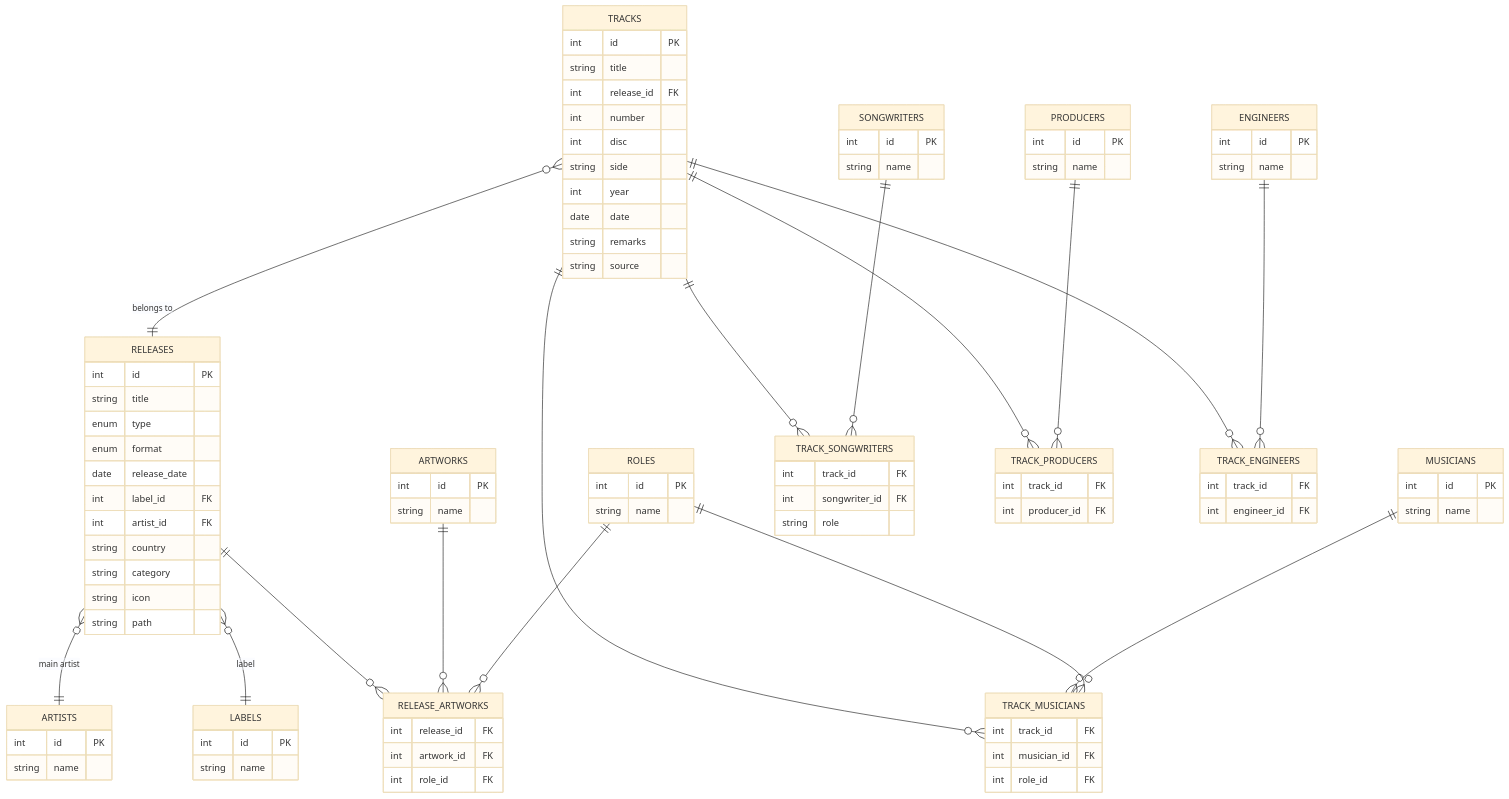
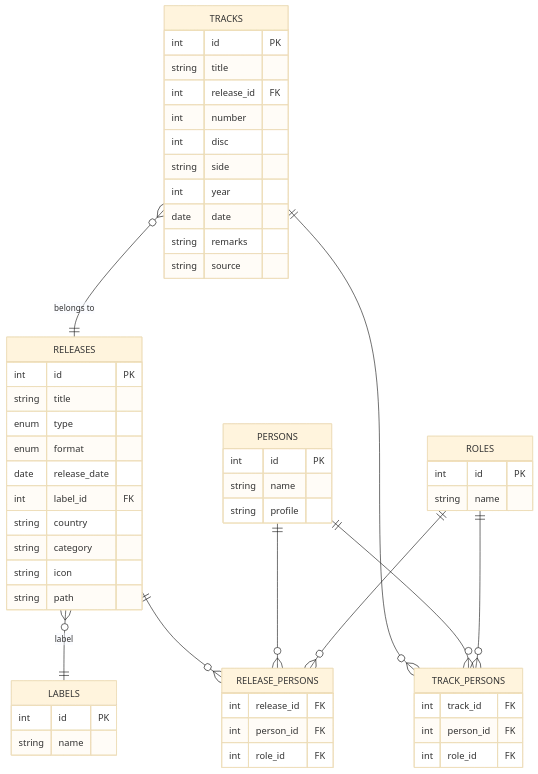
The diagram in docs/schema.md (ryo-i/beatles-db-backend), drawn with Mermaid (base theme) before and after one commit. The commit also changed other lines of this file and 1 other file, not shown here.

Commit message:
人物をPERSONSに統合

````diff
--- a/docs/schema.md
+++ b/docs/schema.md
@@ -38,84 +39,44 @@
         enum format
         date release_date
         int label_id FK
-        int artist_id FK
         string country
         string category
         string icon
         string path
     }
-    ARTISTS {
-        int id PK
-        string name
-    }
     LABELS {
         int id PK
         string name
     }
-    MUSICIANS {
+    PERSONS {
         int id PK
         string name
+        string profile
     }
     ROLES {
         int id PK
         string name
     }
-    SONGWRITERS {
-        int id PK
-        string name
-    }
-    ARTWORKS {
-        int id PK
-        string name
-    }
-    PRODUCERS {
-        int id PK
-        string name
-    }
-    ENGINEERS {
-        int id PK
-        string name
-    }
 
     %% 中間テーブル
-    TRACK_MUSICIANS {
+    TRACK_PERSONS {
         int track_id FK
-        int musician_id FK
+        int person_id FK
         int role_id FK
     }
-    TRACK_SONGWRITERS {
-        int track_id FK
-        int songwriter_id FK
-        string role
-    }
-    RELEASE_ARTWORKS {
+    RELEASE_PERSONS {
         int release_id FK
-        int artwork_id FK
+        int person_id FK
         int role_id FK
-    }
-    TRACK_PRODUCERS {
-        int track_id FK
-        int producer_id FK
-    }
-    TRACK_ENGINEERS {
-        int track_id FK
-        int engineer_id FK
     }
 
     %% 関連
     TRACKS }o--|| RELEASES : "belongs to"
-    RELEASES }o--|| ARTISTS : "main artist"
     RELEASES }o--|| LABELS : "label"
-    TRACKS ||--o{ TRACK_MUSICIANS : ""
-    MUSICIANS ||--o{ TRACK_MUSICIANS : ""
-    ROLES ||--o{ TRACK_MUSICIANS : ""
-    TRACKS ||--o{ TRACK_SONGWRITERS : ""
-    SONGWRITERS ||--o{ TRACK_SONGWRITERS : ""
-    TRACKS ||--o{ TRACK_PRODUCERS : ""
-    PRODUCERS ||--o{ TRACK_PRODUCERS : ""
-    TRACKS ||--o{ TRACK_ENGINEERS : ""
-    ENGINEERS ||--o{ TRACK_ENGINEERS : ""
-    RELEASES ||--o{ RELEASE_ARTWORKS : ""
-    ARTWORKS ||--o{ RELEASE_ARTWORKS : ""
-    ROLES ||--o{ RELEASE_ARTWORKS : ""
+    TRACKS ||--o{ TRACK_PERSONS : ""
+    PERSONS ||--o{ TRACK_PERSONS : ""
+    ROLES ||--o{ TRACK_PERSONS : ""
+    RELEASES ||--o{ RELEASE_PERSONS : ""
+    PERSONS ||--o{ RELEASE_PERSONS : ""
+    ROLES ||--o{ RELEASE_PERSONS : ""
 ```
````
